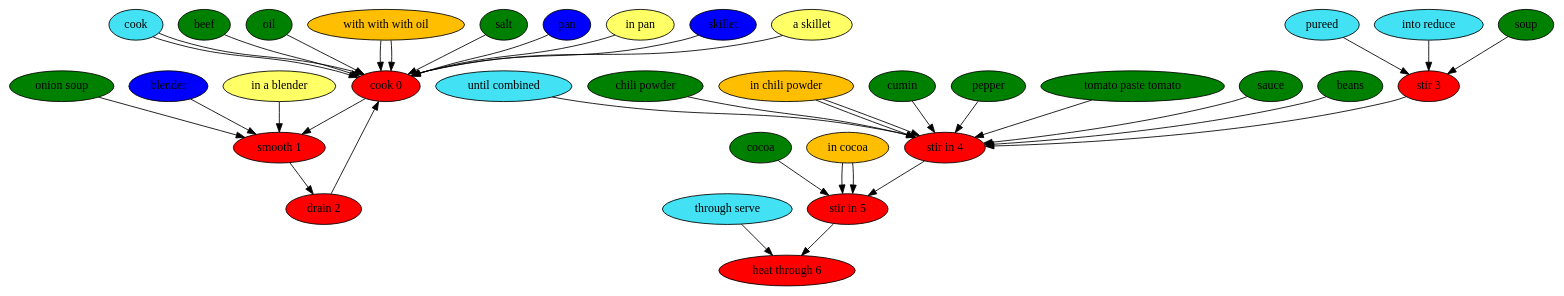
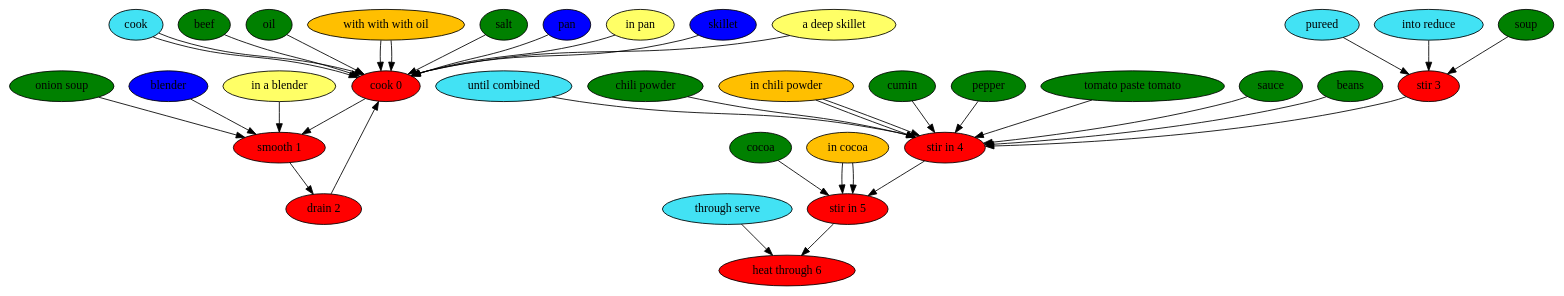
One commit to can-keklik/RecipePostagger changed the diagram in results/paper/chili-iv.dot. Above: the diagram before and after it, drawn with Graphviz. The commit also changed 36 other files, not shown here.

```diff
--- a/results/paper/chili-iv.dot
+++ b/results/paper/chili-iv.dot
@@ -1,75 +1,75 @@
 digraph G {
 "cook 0" [style=filled, fillcolor=red];
 cook [style=filled, fillcolor="#42e2f4"];
 cook -> "cook 0";
 cook [style=filled, fillcolor="#42e2f4"];
 cook -> "cook 0";
 beef [style=filled, fillcolor=green];
 beef -> "cook 0";
 oil [style=filled, fillcolor=green];
 oil -> "cook 0";
 "with with with oil" [style=filled, fillcolor="#01DFA5"];
 "with with with oil" -> "cook 0";
 salt [style=filled, fillcolor=green];
 salt -> "cook 0";
 pan [style=filled, fillcolor="#0000ff"];
 pan -> "cook 0";
 "in pan" [style=filled, fillcolor="#ffff66"];
 "in pan" -> "cook 0";
 skillet [style=filled, fillcolor="#0000ff"];
 skillet -> "cook 0";
-"a skillet" [style=filled, fillcolor="#ffff66"];
-"a skillet" -> "cook 0";
+"a deep skillet" [style=filled, fillcolor="#ffff66"];
+"a deep skillet" -> "cook 0";
 "with with with oil" [style=filled, fillcolor="#FFBF00"];
 "with with with oil" -> "cook 0";
 "smooth 1" [style=filled, fillcolor=red];
 "onion soup" [style=filled, fillcolor=green];
 "onion soup" -> "smooth 1";
 blender [style=filled, fillcolor="#0000ff"];
 blender -> "smooth 1";
 "in a blender" [style=filled, fillcolor="#ffff66"];
 "in a blender" -> "smooth 1";
 "drain 2" [style=filled, fillcolor=red];
 "stir 3" [style=filled, fillcolor=red];
 pureed [style=filled, fillcolor="#42e2f4"];
 pureed -> "stir 3";
 "into reduce" [style=filled, fillcolor="#42e2f4"];
 "into reduce" -> "stir 3";
 soup [style=filled, fillcolor=green];
 soup -> "stir 3";
 "stir in 4" [style=filled, fillcolor=red];
 "until combined" [style=filled, fillcolor="#42e2f4"];
 "until combined" -> "stir in 4";
 "chili powder" [style=filled, fillcolor=green];
 "chili powder" -> "stir in 4";
 "in chili powder" [style=filled, fillcolor="#01DFA5"];
 "in chili powder" -> "stir in 4";
 cumin [style=filled, fillcolor=green];
 cumin -> "stir in 4";
 pepper [style=filled, fillcolor=green];
 pepper -> "stir in 4";
 "tomato paste tomato" [style=filled, fillcolor=green];
 "tomato paste tomato" -> "stir in 4";
 sauce [style=filled, fillcolor=green];
 sauce -> "stir in 4";
 beans [style=filled, fillcolor=green];
 beans -> "stir in 4";
 "in chili powder" [style=filled, fillcolor="#FFBF00"];
 "in chili powder" -> "stir in 4";
 "stir in 5" [style=filled, fillcolor=red];
 cocoa [style=filled, fillcolor=green];
 cocoa -> "stir in 5";
 "in cocoa" [style=filled, fillcolor="#01DFA5"];
 "in cocoa" -> "stir in 5";
 "in cocoa" [style=filled, fillcolor="#FFBF00"];
 "in cocoa" -> "stir in 5";
 "heat through 6" [style=filled, fillcolor=red];
 "through serve" [style=filled, fillcolor="#42e2f4"];
 "through serve" -> "heat through 6";
 "cook 0" -> "smooth 1";
 "smooth 1" -> "drain 2";
 "drain 2" -> "cook 0";
 "stir 3" -> "stir in 4";
 "stir in 4" -> "stir in 5";
 "stir in 5" -> "heat through 6";
 }
```
